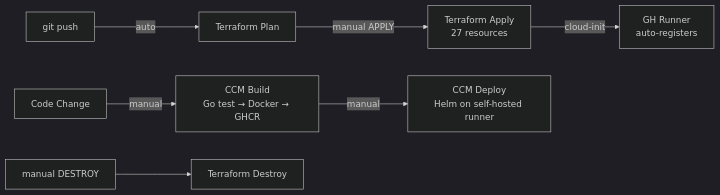
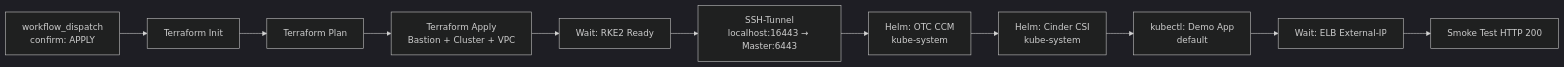
The fifth of 6 diagrams in docs/ARCHITECTURE.md (Wolfslight-Forgehouse/swiss-otc-k8s-cloud-manager-infra), drawn with Mermaid (dark theme) before and after one commit. The commit also changed other lines of this file and 2 other files, not shown here.

First line of the commit message:
docs: complete architecture, storage, and quickstart documentation

````diff
--- a/docs/ARCHITECTURE.md
+++ b/docs/ARCHITECTURE.md
@@ -87,11 +202,13 @@
 ```mermaid
 graph LR
-    Push[git push] -->|auto| Plan[Terraform Plan]
-    Plan -->|manual APPLY| Apply[Terraform Apply<br/>27 resources]
-    Apply -->|cloud-init| Runner[GH Runner<br/>auto-registers]
-    
-    Code[Code Change] -->|manual| Build[CCM Build<br/>Go test → Docker → GHCR]
-    Build -->|manual| Deploy[CCM Deploy<br/>Helm on self-hosted runner]
-    
-    Nuke[manual DESTROY] --> Destroy[Terraform Destroy]
+    DISPATCH[workflow_dispatch\nconfirm: APPLY] --> TF_INIT[Terraform Init]
+    TF_INIT --> TF_PLAN[Terraform Plan]
+    TF_PLAN --> TF_APPLY[Terraform Apply\nBastion + Cluster + VPC]
+    TF_APPLY --> WAIT[Wait: RKE2 Ready]
+    WAIT --> TUNNEL[SSH-Tunnel\nlocalhost:16443 → Master:6443]
+    TUNNEL --> CCM[Helm: OTC CCM\nkube-system]
+    CCM --> CSI[Helm: Cinder CSI\nkube-system]
+    CSI --> DEMO[kubectl: Demo App\ndefault]
+    DEMO --> ELB_WAIT[Wait: ELB External-IP]
+    ELB_WAIT --> SMOKE[Smoke Test HTTP 200]
 ```
````
